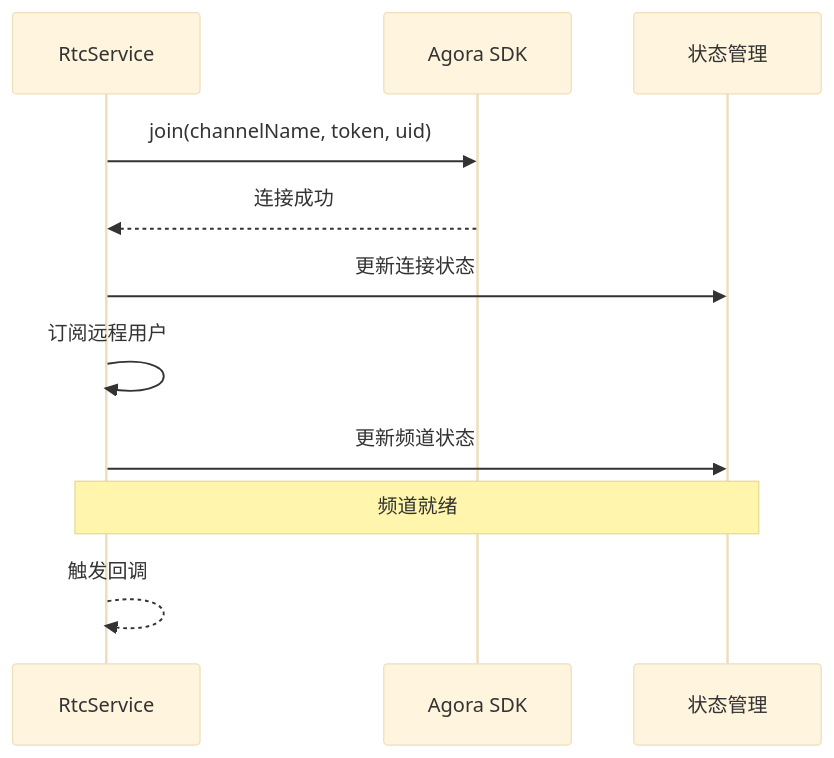
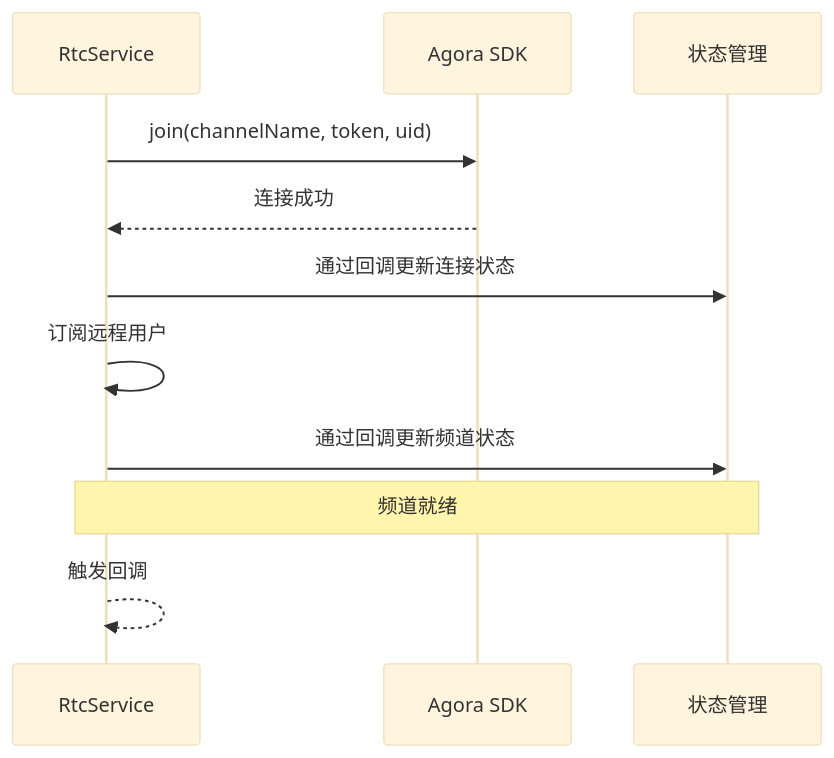
The fifth of 14 diagrams in .qoder/repowiki/zh/content/服务层/音视频服务 (RtcService).md (Easemob-Community/easemob-uikit-callkit-vue3), drawn with Mermaid (base theme) before and after one commit. The commit also changed other lines of this file and 54 other files, not shown here.

````diff
--- a/.qoder/repowiki/zh/content/服务层/音视频服务 (RtcService).md
+++ b/.qoder/repowiki/zh/content/服务层/音视频服务 (RtcService).md
@@ -238,13 +256,13 @@
 ```mermaid
 sequenceDiagram
 participant Service as RtcService
 participant Agora as Agora SDK
 participant Store as 状态管理
 Service->>Agora : join(channelName, token, uid)
 Agora-->>Service : 连接成功
-Service->>Store : 更新连接状态
+Service->>Store : 通过回调更新连接状态
 Service->>Service : 订阅远程用户
-Service->>Store : 更新频道状态
+Service->>Store : 通过回调更新频道状态
 Note over Service,Store : 频道就绪
 Service-->>Service : 触发回调
 ```
````
